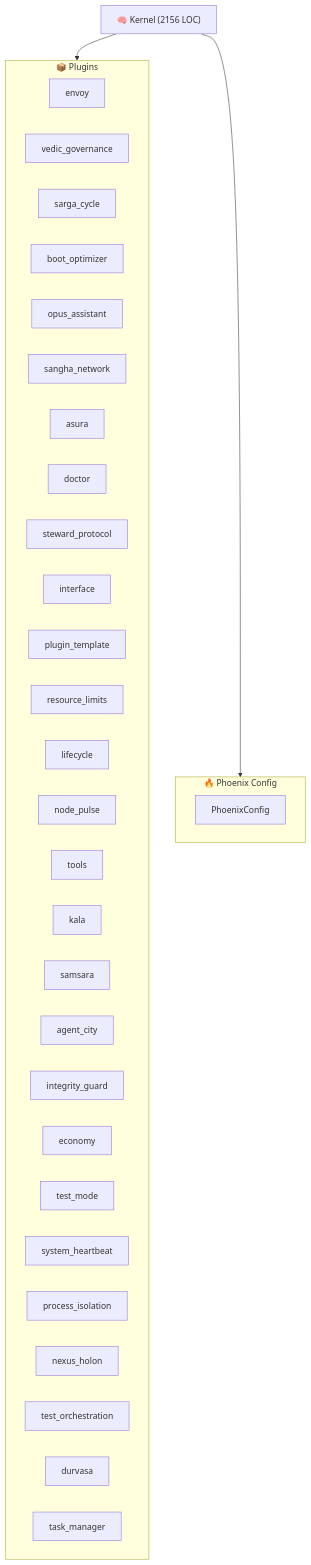
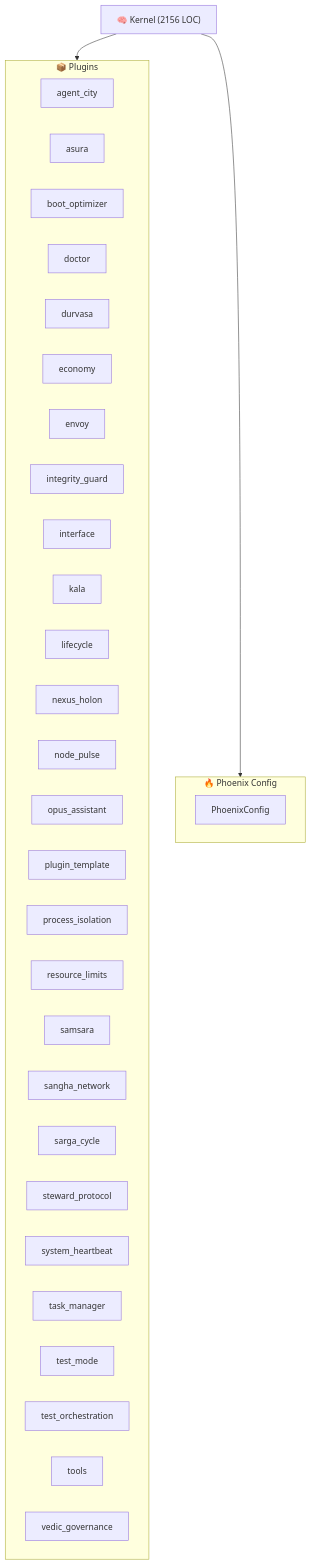
Before and after one commit to kimeisele/steward-protocol: the diagram in ARCHITECTURE.md, drawn with Mermaid. The commit also changed other lines of this file and 11 other files, not shown here.

````diff
--- a/ARCHITECTURE.md
+++ b/ARCHITECTURE.md
@@ -8,38 +8,38 @@
 ```mermaid
 graph TB
     K["🧠 Kernel (2156 LOC)"]
     subgraph Plugins["📦 Plugins"]
+        P_agent_city["agent_city"]
+        P_asura["asura"]
+        P_boot_optimizer["boot_optimizer"]
+        P_doctor["doctor"]
+        P_durvasa["durvasa"]
+        P_economy["economy"]
         P_envoy["envoy"]
+        P_integrity_guard["integrity_guard"]
+        P_interface["interface"]
+        P_kala["kala"]
+        P_lifecycle["lifecycle"]
+        P_nexus_holon["nexus_holon"]
+        P_node_pulse["node_pulse"]
+        P_opus_assistant["opus_assistant"]
+        P_plugin_template["plugin_template"]
+        P_process_isolation["process_isolation"]
+        P_resource_limits["resource_limits"]
+        P_samsara["samsara"]
+        P_sangha_network["sangha_network"]
+        P_sarga_cycle["sarga_cycle"]
+        P_steward_protocol["steward_protocol"]
+        P_system_heartbeat["system_heartbeat"]
+        P_task_manager["task_manager"]
+        P_test_mode["test_mode"]
+        P_test_orchestration["test_orchestration"]
+        P_tools["tools"]
         P_vedic_governance["vedic_governance"]
-        P_sarga_cycle["sarga_cycle"]
-        P_boot_optimizer["boot_optimizer"]
-        P_opus_assistant["opus_assistant"]
-        P_sangha_network["sangha_network"]
-        P_asura["asura"]
-        P_doctor["doctor"]
-        P_steward_protocol["steward_protocol"]
-        P_interface["interface"]
-        P_plugin_template["plugin_template"]
-        P_resource_limits["resource_limits"]
-        P_lifecycle["lifecycle"]
-        P_node_pulse["node_pulse"]
-        P_tools["tools"]
-        P_kala["kala"]
-        P_samsara["samsara"]
-        P_agent_city["agent_city"]
-        P_integrity_guard["integrity_guard"]
-        P_economy["economy"]
-        P_test_mode["test_mode"]
-        P_system_heartbeat["system_heartbeat"]
-        P_process_isolation["process_isolation"]
-        P_nexus_holon["nexus_holon"]
-        P_test_orchestration["test_orchestration"]
-        P_durvasa["durvasa"]
-        P_task_manager["task_manager"]
     end
     K --> Plugins
     subgraph Config["🔥 Phoenix Config"]
         PC[PhoenixConfig]
     end
     K --> Config
 ```
````
